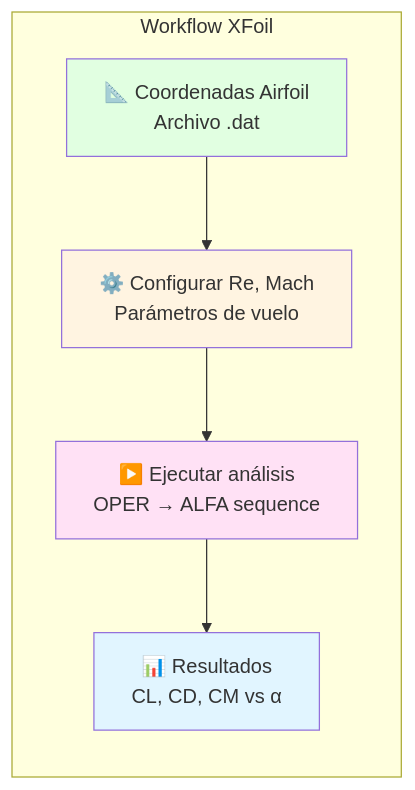
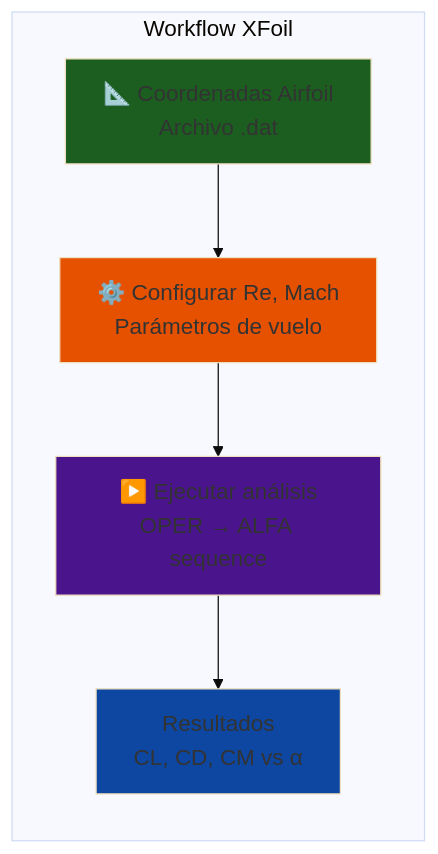
One commit to Ai-Whisperers/Courses-Content changed the fourth of 4 diagrams in courses/🟡-development/FPUNA-2026/03-INGENIERIA-AERONAUTICA/02-aerodinamica-cfd.md. Above: the diagram before and after it, drawn with Mermaid. The commit also changed other lines of this file and 47 other files, not shown here.

First line of the commit message:
fix: Make all 473 diagrams WCAG AAA accessible (FPUNA-2026)

````diff
--- a/courses/🟡-development/FPUNA-2026/03-INGENIERIA-AERONAUTICA/02-aerodinamica-cfd.md
+++ b/courses/🟡-development/FPUNA-2026/03-INGENIERIA-AERONAUTICA/02-aerodinamica-cfd.md
@@ -232,18 +235,19 @@
 ```mermaid
+%%{init: {'theme':'base', 'themeVariables': {'fontSize':'18px'}}}%%
 graph LR
     subgraph "Workflow XFoil"
         A[📐 Coordenadas Airfoil<br/>Archivo .dat]
         B[⚙️ Configurar Re, Mach<br/>Parámetros de vuelo]
         C[▶️ Ejecutar análisis<br/>OPER → ALFA sequence]
-        D[📊 Resultados<br/>CL, CD, CM vs α]
+        D[Resultados<br/>CL, CD, CM vs α]
         
         A --> B
         B --> C
         C --> D
     end
     
-    style A fill:#E1FFE1
-    style B fill:#FFF4E1
-    style C fill:#FFE1F5
-    style D fill:#E1F5FF
+    style A fill:#1b5e20
+    style B fill:#e65100
+    style C fill:#4a148c
+    style D fill:#0d47a1
 ```
````
